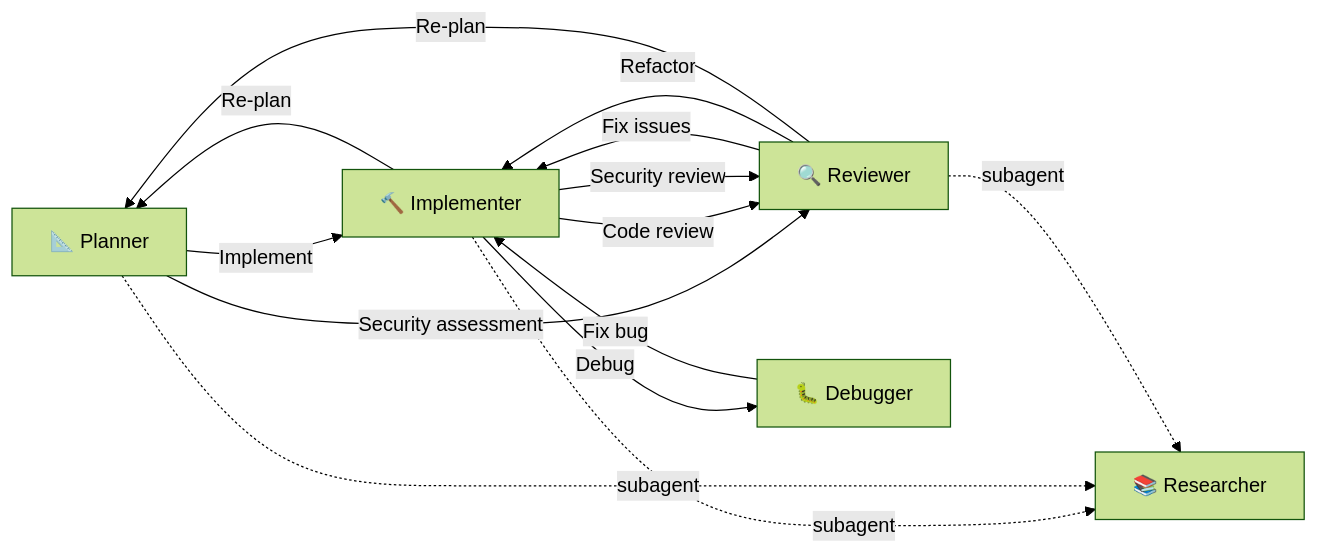
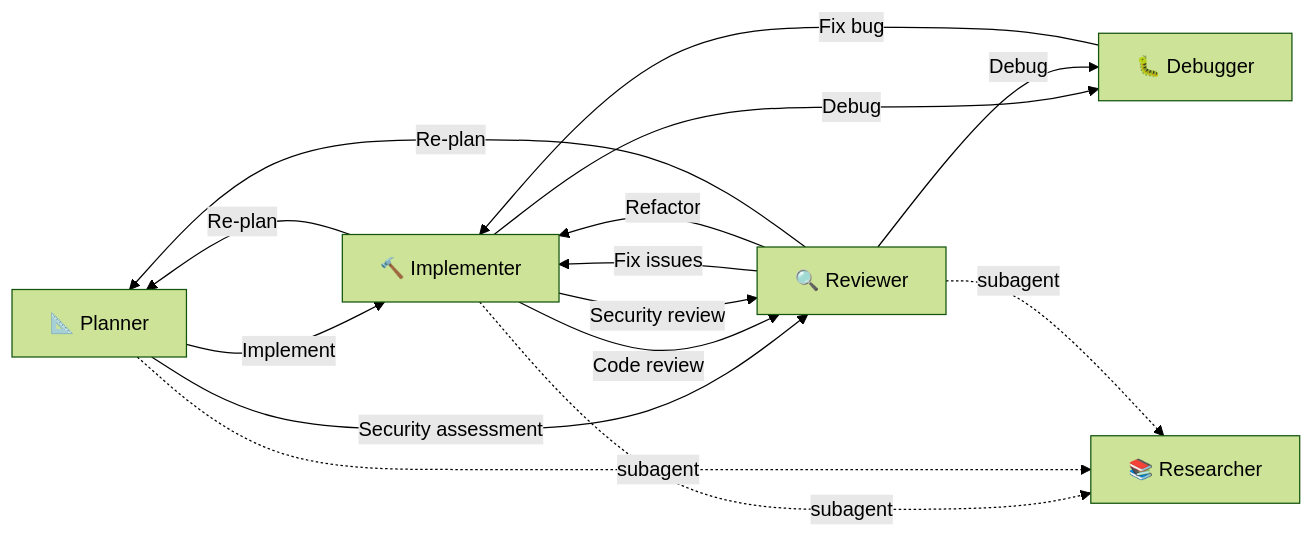
Before and after one commit to zexion7873/copilot-setting: the second of 2 diagrams in README.md, drawn with Mermaid (forest theme). The commit also changed 2 other files, not shown here.

Commit message:
feat(reviewer): add handoff to debugger for root-cause analysis
When a review surfaces a bug whose root cause is unclear, the reviewer
previously had no one-click path to the debugger — users had to invoke
@debugger manually. Reviewers find problems but are read-only and don't
do root-cause isolation, so this gap forced either a premature fix
(symptom-level) or a manual context switch.

Adds the "除錯分析" handoff button to reviewer, the matching Handoff
Guidance bullet, and the Reviewer→Debugger edge in both README mermaid
diagrams so the docs stay aligned with the real buttons.

````diff
--- a/README.md
+++ b/README.md
@@ -129,20 +129,21 @@
 ```mermaid
 flowchart LR
     Planner["📐 Planner"] -->|"Implement"| Implementer
     Planner -->|"Security assessment"| Reviewer
 
     Implementer["🔨 Implementer"] -->|"Code review"| Reviewer
     Implementer -->|"Security review"| Reviewer
     Implementer -->|"Debug"| Debugger
     Implementer -->|"Re-plan"| Planner
 
     Reviewer["🔍 Reviewer"] -->|"Fix issues"| Implementer
     Reviewer -->|"Refactor"| Implementer
+    Reviewer -->|"Debug"| Debugger
     Reviewer -->|"Re-plan"| Planner
 
     Debugger["🐛 Debugger"] -->|"Fix bug"| Implementer
 
     Implementer -.->|"subagent"| Researcher["📚 Researcher"]
     Planner -.->|"subagent"| Researcher
     Reviewer -.->|"subagent"| Researcher
 ```
````
